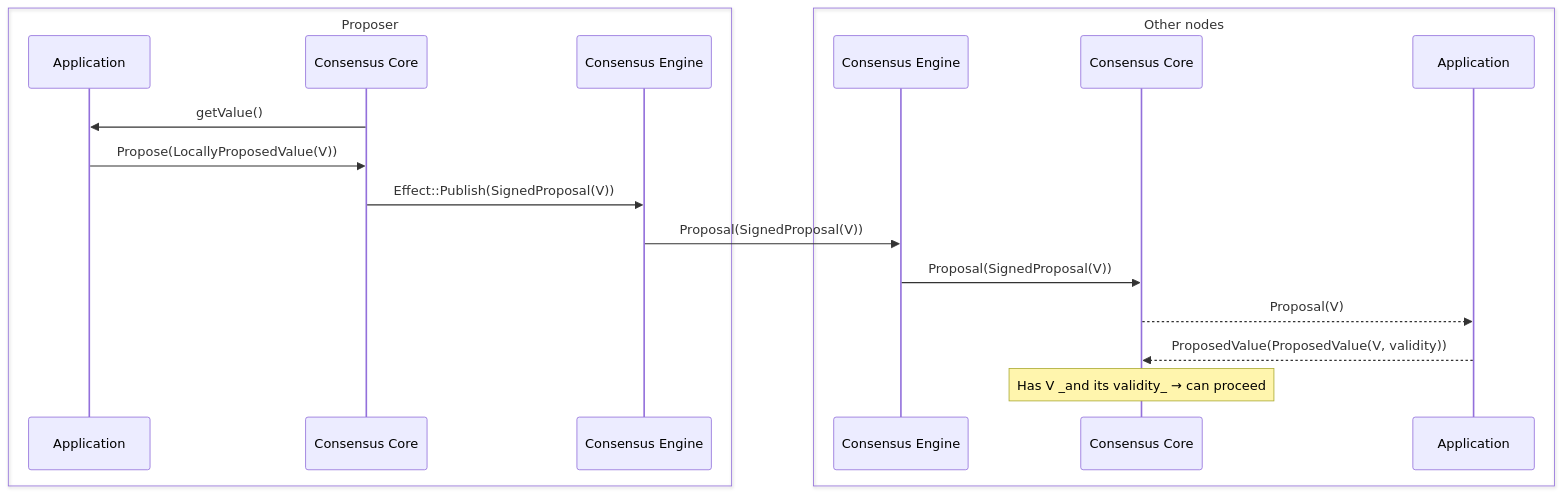
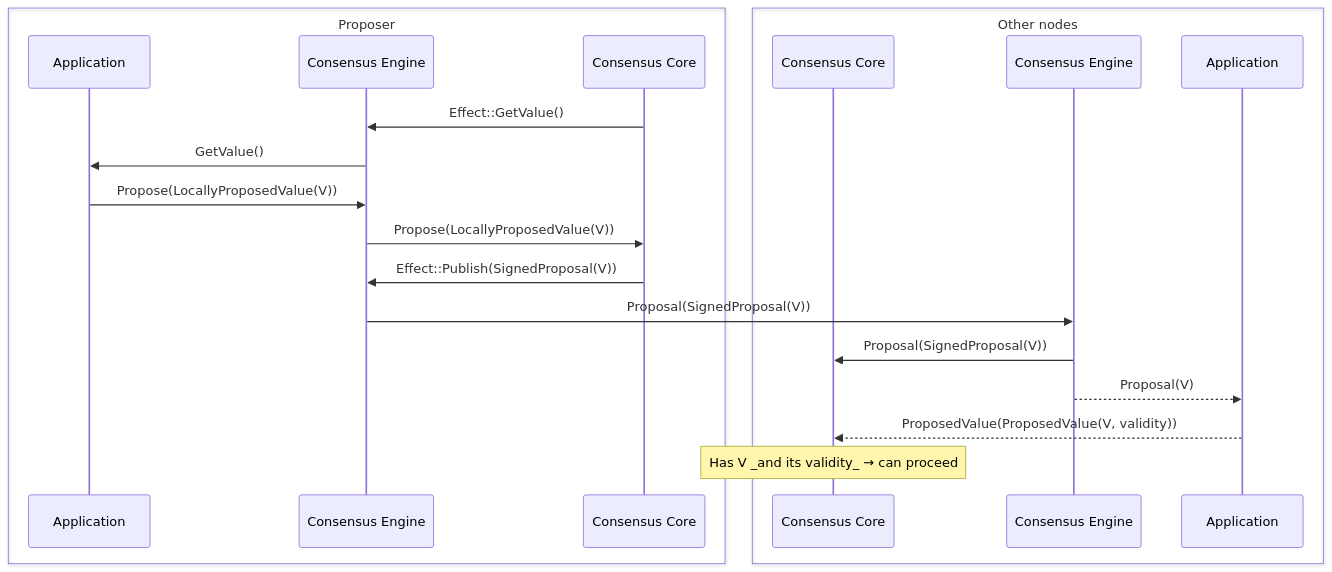
The first of 3 diagrams in docs/architecture/adr-003-values-propagation.md (circlefin/malachite), drawn with Mermaid before and after one commit. The commit also changed other lines of this file, not shown here.

Commit message:
Correct diagrams

````diff
--- a/docs/architecture/adr-003-values-propagation.md
+++ b/docs/architecture/adr-003-values-propagation.md
@@ -127,26 +126,28 @@
 ```mermaid
 sequenceDiagram
     box Proposer
       participant A1 as Application
+      participant E1 as Consensus Engine
       participant C1 as Consensus Core
-      participant E1 as Consensus Engine
     end
 
     box Other nodes
+      participant C2 as Consensus Core
       participant E2 as Consensus Engine
-      participant C2 as Consensus Core
       participant A2 as Application
     end
 
-    C1->>A1: getValue()
-    A1->>C1: Propose(LocallyProposedValue(V))
+    C1->>E1: Effect::GetValue()
+    E1->>A1: GetValue()
+    A1->>E1: Propose(LocallyProposedValue(V))
+    E1->>C1: Propose(LocallyProposedValue(V))
     C1->>E1: Effect::Publish(SignedProposal(V))
     E1->>E2: Proposal(SignedProposal(V))
 
     E2->>C2: Proposal(SignedProposal(V))
-    C2-->>A2: Proposal(V)
+    E2-->>A2: Proposal(V)
     A2-->>C2: ProposedValue(ProposedValue(V, validity))
 
     Note over C2: Has V _and its validity_ → can proceed
 
 ```
````
